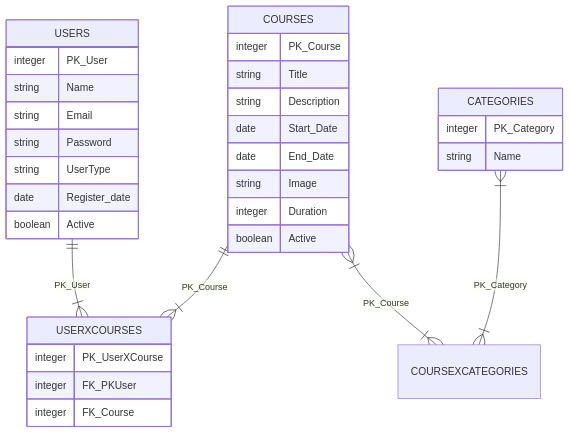
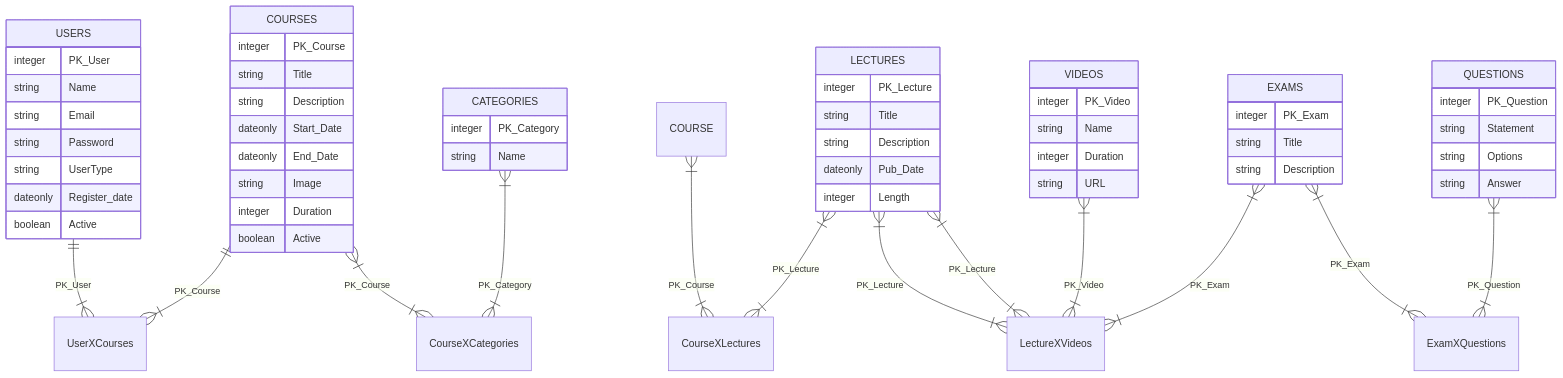
Before and after one commit to MemoRodz/CapaciTechKidsBack: the diagram in README.md, drawn with Mermaid.

Commit message:
Update Diagram with mermaid library

````diff
--- a/README.md
+++ b/README.md
@@ -11,35 +11,63 @@
 ```mermaid
 erDiagram
-    USERS ||--|{ USERXCOURSES : PK_User
     USERS {
         integer PK_User
 		string Name
         string Email
         string Password
 		string UserType
-		date Register_date
+		dateonly Register_date
 		boolean Active
     }
-    COURSES ||--|{ USERXCOURSES : PK_Course
+    USERS ||--|{ UserXCourses : PK_User
+    COURSES ||--|{ UserXCourses : PK_Course
     COURSES {
         integer PK_Course
         string Title
 		string Description
-		date Start_Date
-		date End_Date
+		dateonly Start_Date
+		dateonly End_Date
 		string Image
 		integer Duration
 		boolean Active
     }
-    USERXCOURSES {
-        integer PK_UserXCourse
-        integer FK_PKUser
-        integer FK_Course
-    }
-	COURSES }|--|{ COURSEXCATEGORIES :PK_Course
-	CATEGORIES }|--|{ COURSEXCATEGORIES : PK_Category
+	COURSES }|--|{ CourseXCategories : PK_Course
+	CATEGORIES }|--|{ CourseXCategories : PK_Category
 	CATEGORIES {
 		integer PK_Category
 		string Name
 	}
+	COURSE }|--|{ CourseXLectures : PK_Course
+	LECTURES }|--|{ CourseXLectures : PK_Lecture
+	LECTURES {
+		integer PK_Lecture
+		string Title
+		string Description
+		dateonly Pub_Date
+		integer Length
+	}
+	LECTURES }|--|{ LectureXVideos : PK_Lecture
+	VIDEOS }|--|{ LectureXVideos : PK_Video
+	VIDEOS {
+		integer PK_Video
+		string Name
+		integer Duration
+		string URL
+	}
+	LECTURES }|--|{ LectureXVideos : PK_Lecture
+	EXAMS }|--|{ LectureXVideos : PK_Exam
+	EXAMS {
+		integer PK_Exam
+		string Title
+		string Description
+	}
+	EXAMS }|--|{ ExamXQuestions : PK_Exam
+	QUESTIONS }|--|{ ExamXQuestions : PK_Question
+	QUESTIONS {
+		integer PK_Question
+		string Statement
+		string Options
+		string Answer
+	}
+
 ```
````
